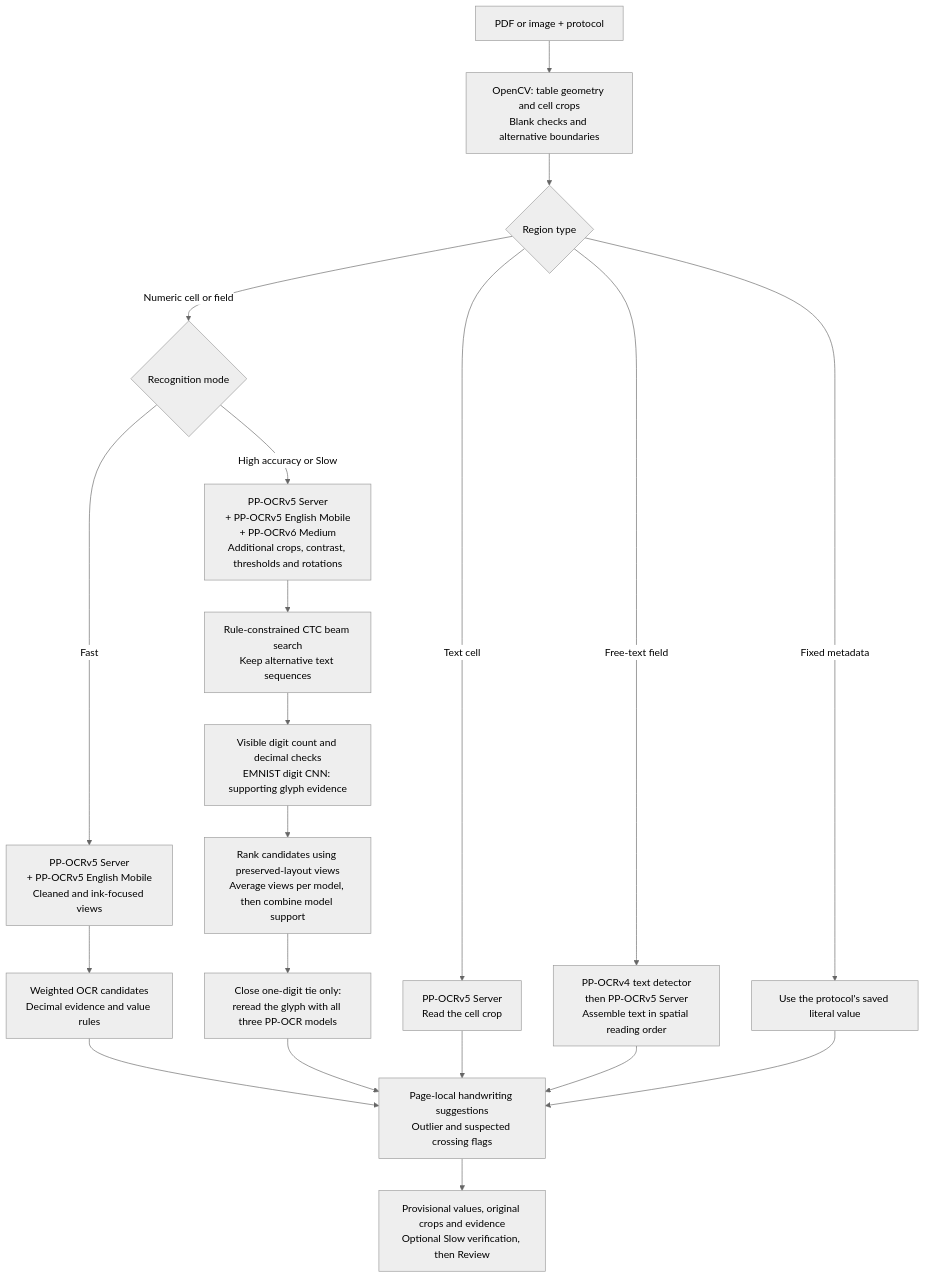
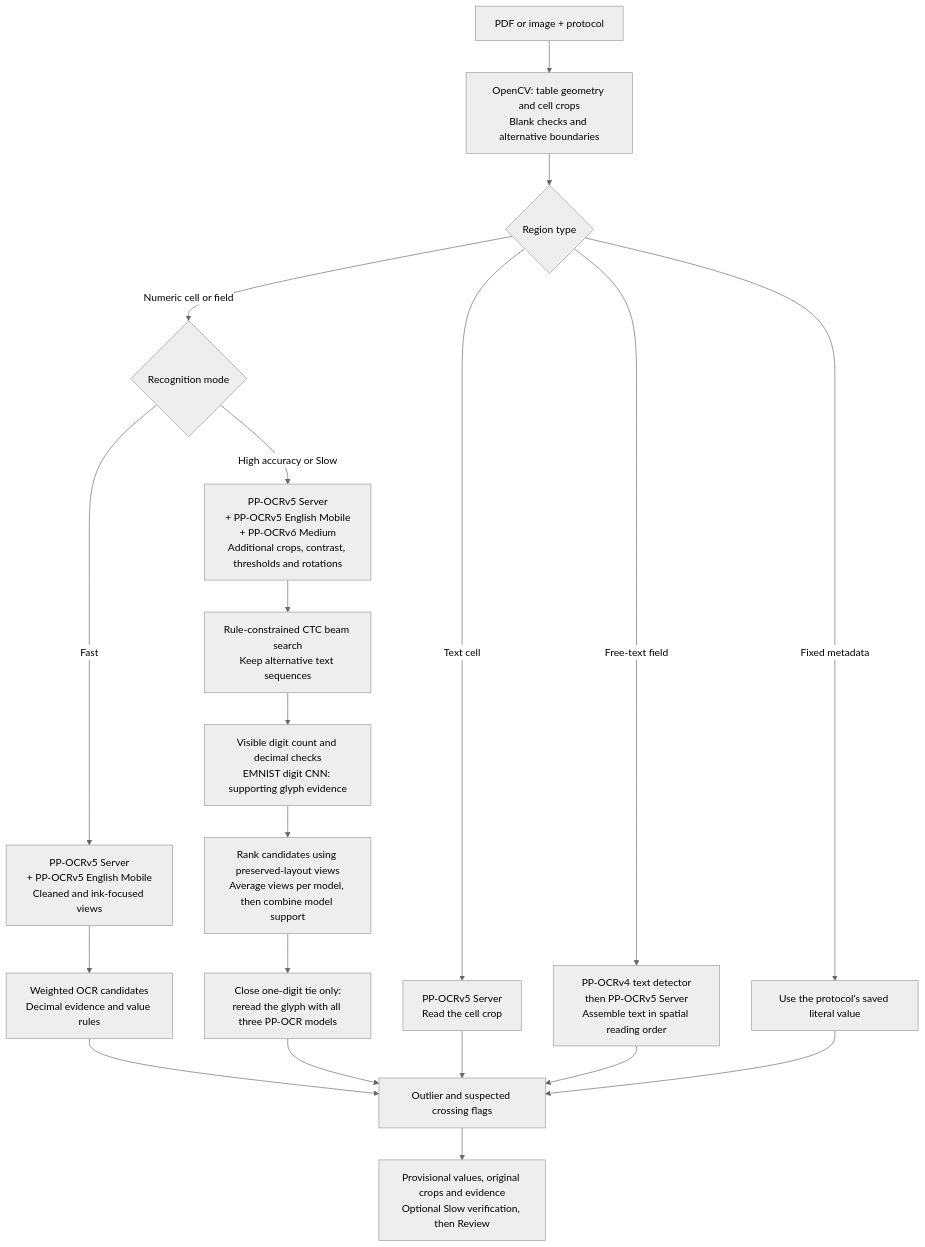
Before and after one commit to savvykitt-create/tablescan-local: the first of 2 diagrams in README.md, drawn with Mermaid (neutral theme). The commit also changed other lines of this file and 13 other files, not shown here.

Commit message:
Remove page-local handwriting suggestions

````diff
--- a/README.md
+++ b/README.md
@@ -157,22 +156,22 @@
 ```mermaid
 flowchart TD
     A["PDF or image + protocol"] --> B["OpenCV: table geometry and cell crops<br/>Blank checks and alternative boundaries"]
     B --> C{"Region type"}
     C -->|Numeric cell or field| D{"Recognition mode"}
     D -->|Fast| E["PP-OCRv5 Server<br/>+ PP-OCRv5 English Mobile<br/>Cleaned and ink-focused views"]
     D -->|High accuracy or Slow| F["PP-OCRv5 Server<br/>+ PP-OCRv5 English Mobile<br/>+ PP-OCRv6 Medium<br/>Additional crops, contrast, thresholds and rotations"]
     E --> G["Weighted OCR candidates<br/>Decimal evidence and value rules"]
     F --> H["Rule-constrained CTC beam search<br/>Keep alternative text sequences"]
     H --> I["Visible digit count and decimal checks<br/>EMNIST digit CNN: supporting glyph evidence"]
     I --> J["Rank candidates using preserved-layout views<br/>Average views per model, then combine model support"]
     J --> K["Close one-digit tie only:<br/>reread the glyph with all three PP-OCR models"]
     C -->|Text cell| L["PP-OCRv5 Server<br/>Read the cell crop"]
     C -->|Free-text field| M["PP-OCRv4 text detector<br/>then PP-OCRv5 Server<br/>Assemble text in spatial reading order"]
     C -->|Fixed metadata| N["Use the protocol's saved literal value"]
-    G --> O["Page-local handwriting suggestions<br/>Outlier and suspected crossing flags"]
+    G --> O["Outlier and suspected crossing flags"]
     K --> O
     L --> O
     M --> O
     N --> O
     O --> P["Provisional values, original crops and evidence<br/>Optional Slow verification, then Review"]
 ```
````
